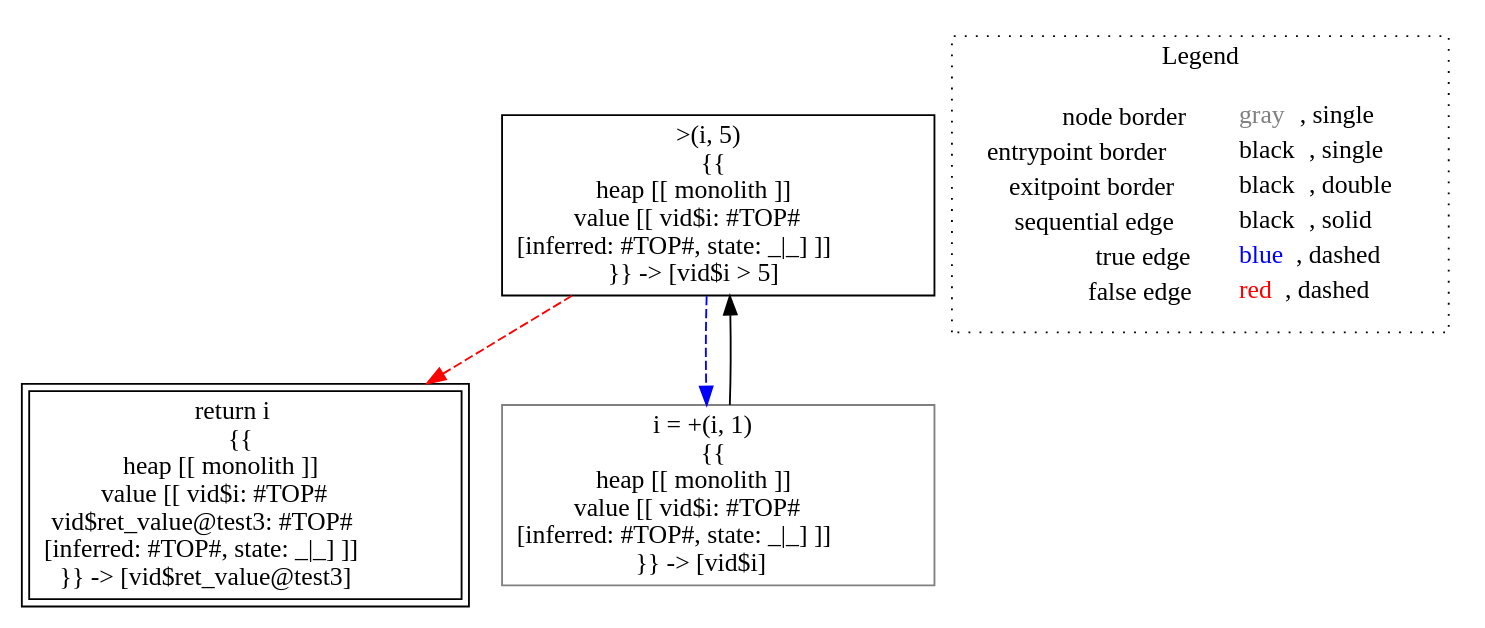
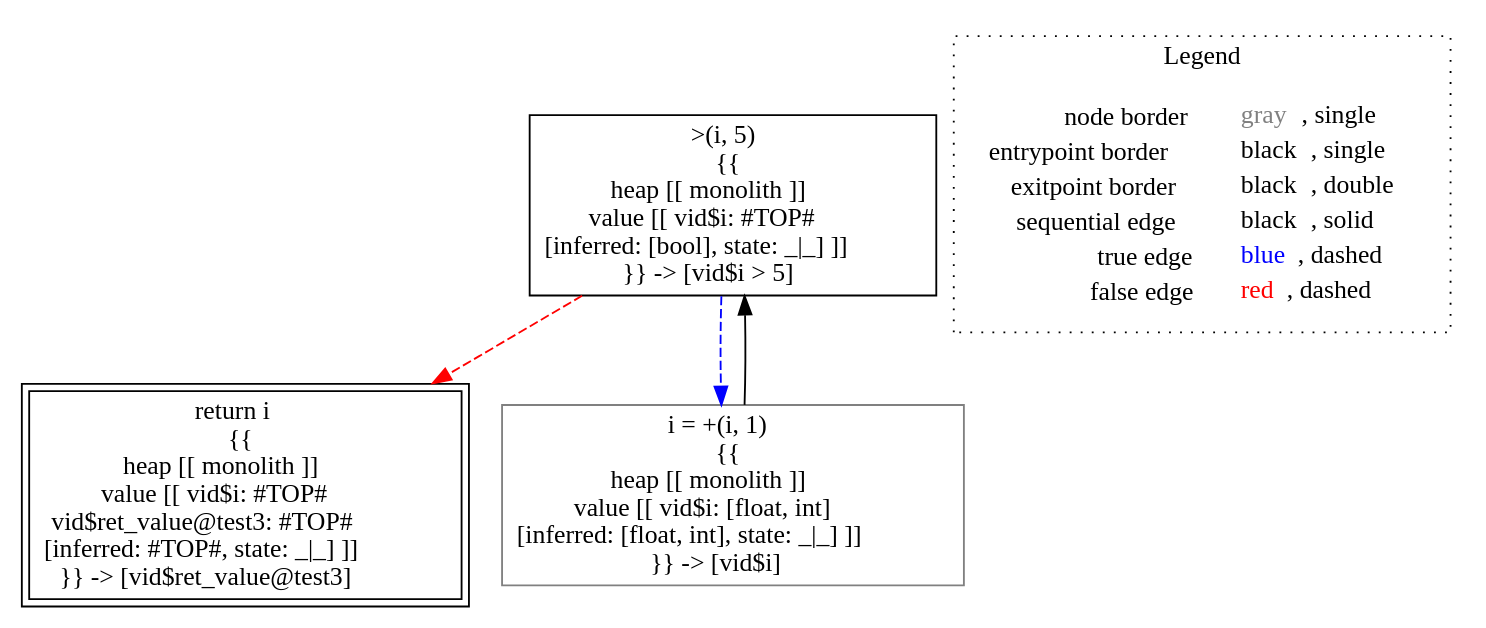
One commit to lisa-analyzer/lisa changed the diagram in lisa/imp-testcases/type-inference/typing___untyped_typing.test3(typing_this,_untyped_i).dot. Above: the diagram before and after it, drawn with Graphviz. The commit also changed 12 other files, not shown here.

Commit message:
#45 recursive evaluation no longer takes automatic action with top value

```diff
--- a/lisa/imp-testcases/type-inference/typing___untyped_typing.test3(typing_this,_untyped_i).dot
+++ b/lisa/imp-testcases/type-inference/typing___untyped_typing.test3(typing_this,_untyped_i).dot
@@ -1,15 +1,15 @@
 digraph {
-	"node0" [shape="rect",color="black",label=<&gt;(i, 5)<BR/>{{<BR/>heap [[ monolith ]]<BR/>value [[ vid$i: #TOP#<BR/>[inferred: #TOP#, state: _|_] ]]<BR/>}} -&gt; [vid$i &gt; 5]>];
+	"node0" [shape="rect",color="black",label=<&gt;(i, 5)<BR/>{{<BR/>heap [[ monolith ]]<BR/>value [[ vid$i: #TOP#<BR/>[inferred: [bool], state: _|_] ]]<BR/>}} -&gt; [vid$i &gt; 5]>];
 	"node1" [shape="rect",color="black",peripheries="2",label=<return i<BR/>{{<BR/>heap [[ monolith ]]<BR/>value [[ vid$i: #TOP#<BR/>vid$ret_value@test3: #TOP#<BR/>[inferred: #TOP#, state: _|_] ]]<BR/>}} -&gt; [vid$ret_value@test3]>];
-	"node2" [shape="rect",color="gray",label=<i = +(i, 1)<BR/>{{<BR/>heap [[ monolith ]]<BR/>value [[ vid$i: #TOP#<BR/>[inferred: #TOP#, state: _|_] ]]<BR/>}} -&gt; [vid$i]>];
+	"node2" [shape="rect",color="gray",label=<i = +(i, 1)<BR/>{{<BR/>heap [[ monolith ]]<BR/>value [[ vid$i: [float, int]<BR/>[inferred: [float, int], state: _|_] ]]<BR/>}} -&gt; [vid$i]>];
 	"node0" -> "node1" [color="red",style="dashed"];
 	"node0" -> "node2" [color="blue",style="dashed"];
 	"node2" -> "node0" [color="black"];
 subgraph cluster_legend {
 	label="Legend";
 	style=dotted;
 	node [shape=plaintext];
 	"legend" [label=<<table border="0" cellpadding="2" cellspacing="0" cellborder="0"><tr><td align="right">node border&nbsp;</td><td align="left"><font color="gray">gray</font>, single</td></tr><tr><td align="right">entrypoint border&nbsp;</td><td align="left"><font color="black">black</font>, single</td></tr><tr><td align="right">exitpoint border&nbsp;</td><td align="left"><font color="black">black</font>, double</td></tr><tr><td align="right">sequential edge&nbsp;</td><td align="left"><font color="black">black</font>, solid</td></tr><tr><td align="right">true edge&nbsp;</td><td align="left"><font color="blue">blue</font>, dashed</td></tr><tr><td align="right">false edge&nbsp;</td><td align="left"><font color="red">red</font>, dashed</td></tr></table>>];
 }
 
 }
```
